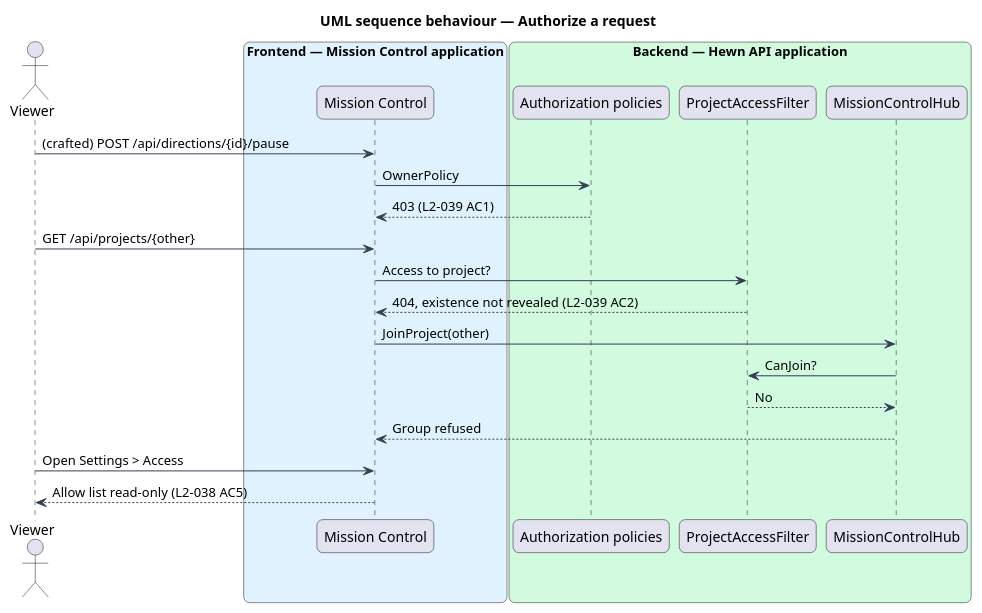
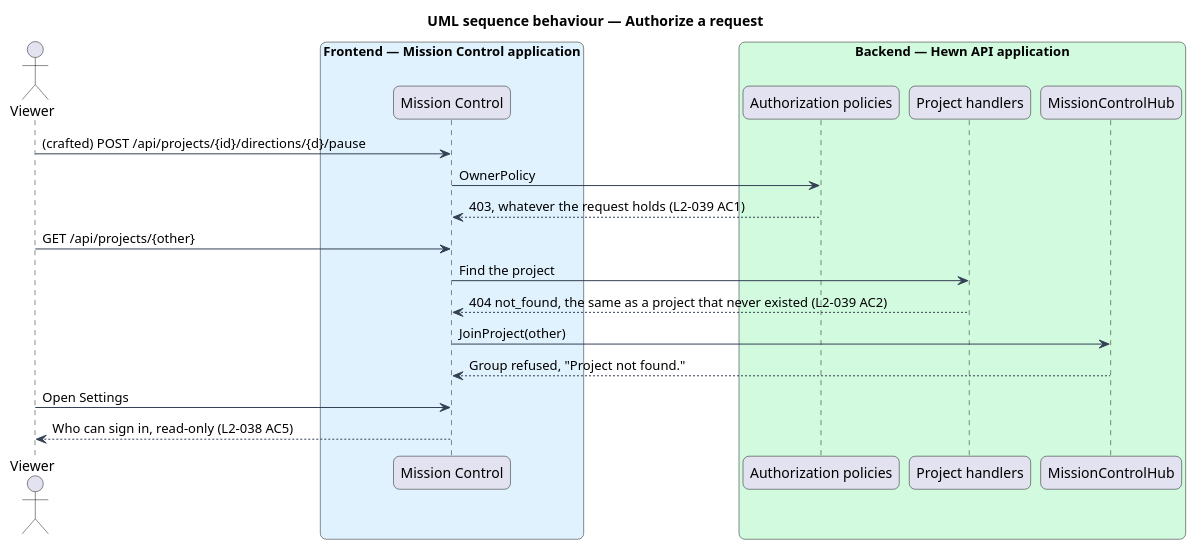
Before and after one commit to QuinntyneBrown/hewn: the diagram in docs/detailed-designs/security/sign-in-and-access/diagrams/sequence-authorize.puml, drawn with PlantUML. The commit also changed 62 other files, not shown here.

First line of the commit message:
Manage Owner and Viewer access (journey 21, L2-038, L2-039) (#29)

```diff
--- a/docs/detailed-designs/security/sign-in-and-access/diagrams/sequence-authorize.puml
+++ b/docs/detailed-designs/security/sign-in-and-access/diagrams/sequence-authorize.puml
@@ -1,39 +1,37 @@
 @startuml
 title UML sequence behaviour — Authorize a request
 skinparam backgroundColor #FFFFFF
 skinparam shadowing false
 skinparam roundcorner 12
 skinparam defaultFontName Arial
 skinparam ArrowColor #344054
 skinparam rectangle {
   BorderColor #344054
   FontColor #101828
 }
 skinparam package {
   BorderColor #667085
   FontColor #101828
   BackgroundColor #F9FAFB
 }
 skinparam sequenceMessageAlign left
 actor "Viewer" as viewer
 box "Frontend — Mission Control application" #E0F2FE
   participant "Mission Control" as spa
 end box
 box "Backend — Hewn API application" #D1FADF
   participant "Authorization policies" as pol
-  participant "ProjectAccessFilter" as filter
+  participant "Project handlers" as handlers
   participant "MissionControlHub" as hub
 end box
-viewer -> spa : (crafted) POST /api/directions/{id}/pause
+viewer -> spa : (crafted) POST /api/projects/{id}/directions/{d}/pause
 spa -> pol : OwnerPolicy
-pol --> spa : 403 (L2-039 AC1)
+pol --> spa : 403, whatever the request holds (L2-039 AC1)
 viewer -> spa : GET /api/projects/{other}
-spa -> filter : Access to project?
-filter --> spa : 404, existence not revealed (L2-039 AC2)
+spa -> handlers : Find the project
+handlers --> spa : 404 not_found, the same as a project that never existed (L2-039 AC2)
 spa -> hub : JoinProject(other)
-hub -> filter : CanJoin?
-filter --> hub : No
-hub --> spa : Group refused
-viewer -> spa : Open Settings > Access
-spa --> viewer : Allow list read-only (L2-038 AC5)
+hub --> spa : Group refused, "Project not found."
+viewer -> spa : Open Settings
+spa --> viewer : Who can sign in, read-only (L2-038 AC5)
 @enduml
```
